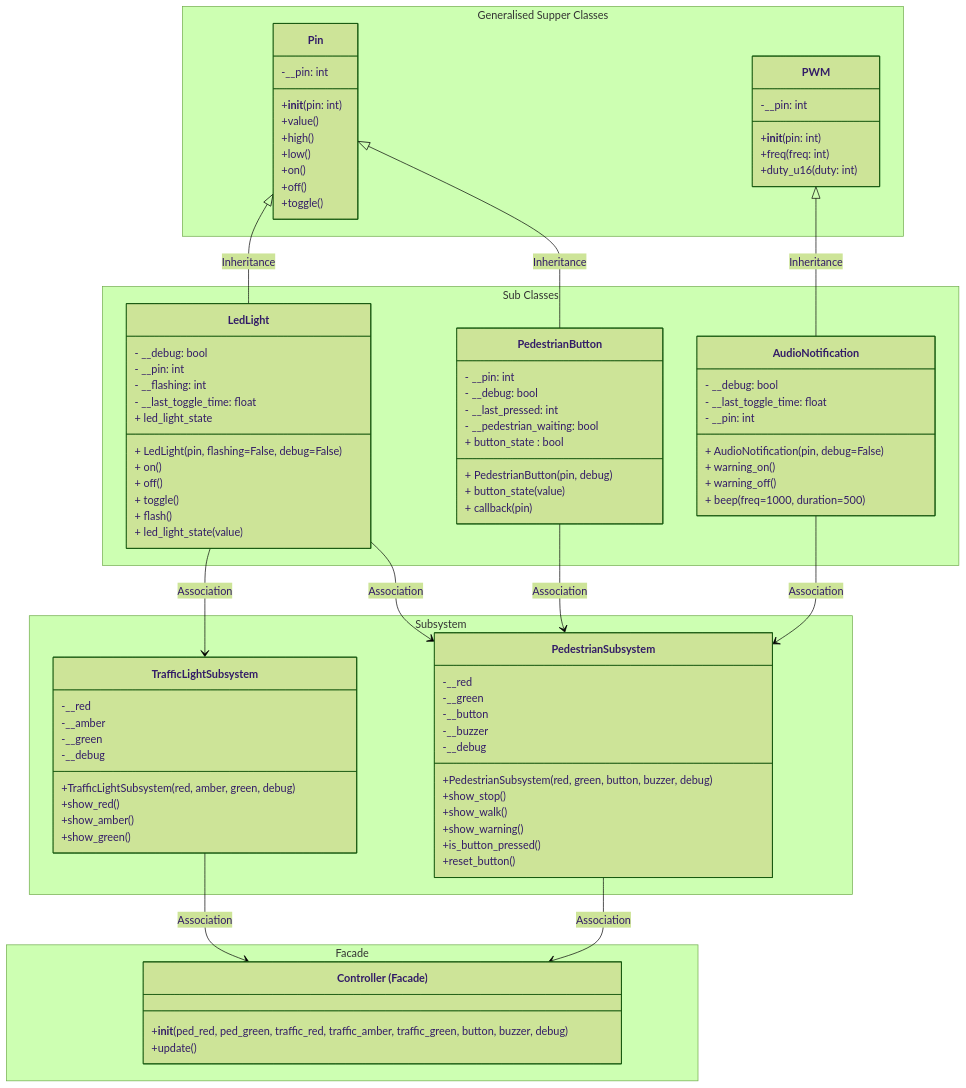
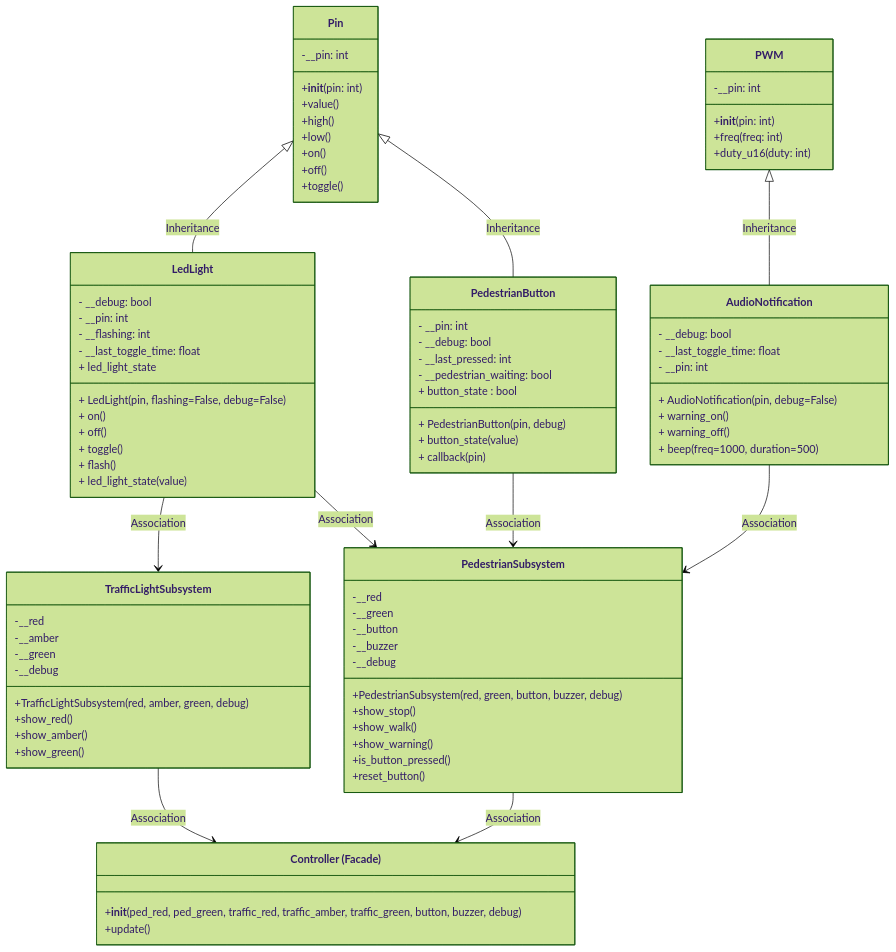
The diagram in tutorials/Lecture7.md (TempeHS/MicroPython_OOP_Pi_Pico_Mini_Project_Source), drawn with Mermaid (forest theme) before and after one commit.

Commit message:
refactor: remove unnecessary namespace declarations in class diagram in Lecture7.md

```diff
--- a/tutorials/Lecture7.md
+++ b/tutorials/Lecture7.md
@@ -71,7 +71,6 @@
 classDiagram
     direction TB
 
-    namespace Super["Generalised Supper Classes"] {
         class Pin {
             -__pin: int
             +__init__(pin: int)
@@ -89,9 +88,7 @@
             +freq(freq: int)
             +duty_u16(duty: int)
         }
-    }
 
-    namespace Sub["Sub Classes"] {
         class AudioNotification {
             - __debug: bool
             - __last_toggle_time: float
@@ -126,9 +123,7 @@
             + button_state(value)
             + callback(pin)
         }
-    }
 
-    namespace Subsystem {
         class TrafficLightSubsystem {
             -__red
             -__amber
@@ -153,14 +148,11 @@
             +is_button_pressed()
             +reset_button()
         }
-    }
 
-    namespace Facade {
         class ControllerFacade["Controller (Facade)"] {
             +__init__(ped_red, ped_green, traffic_red, traffic_amber, traffic_green, button, buzzer, debug)
             +update()
         }
-    }
 
     %% Layer 1 -> Layer 2: inheritance from MicroPython base classes
     Pin <|-- LedLight : Inheritance
```
